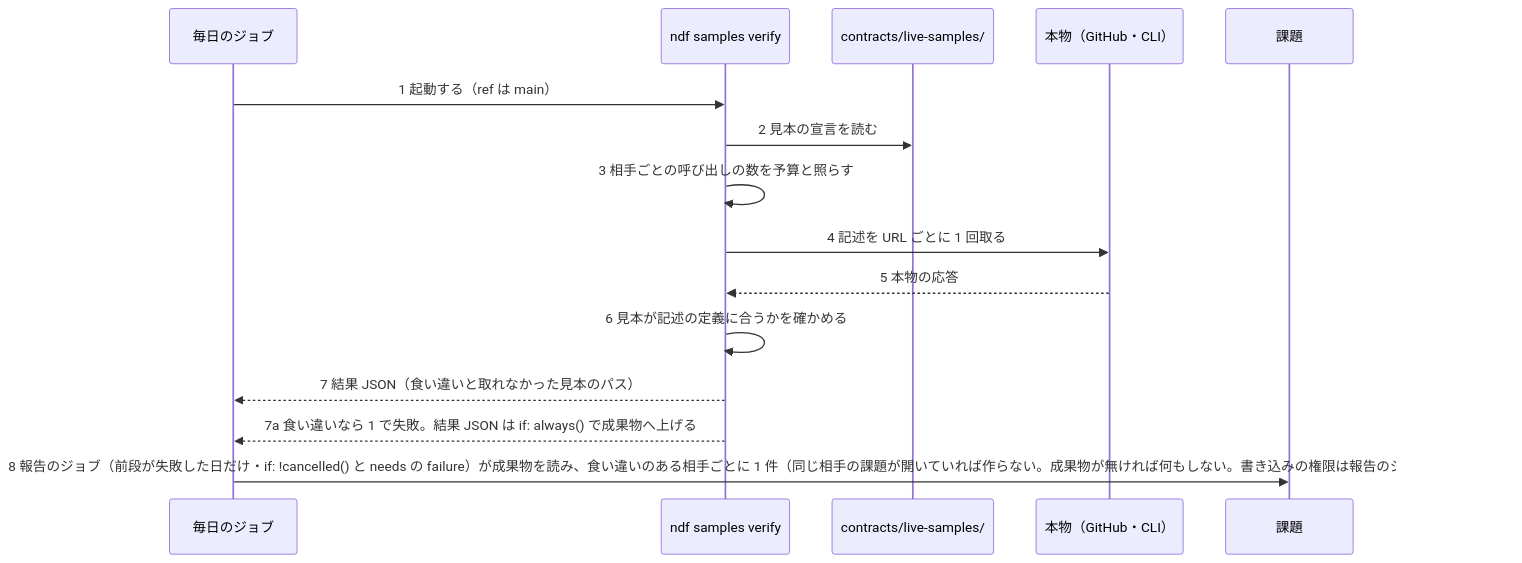
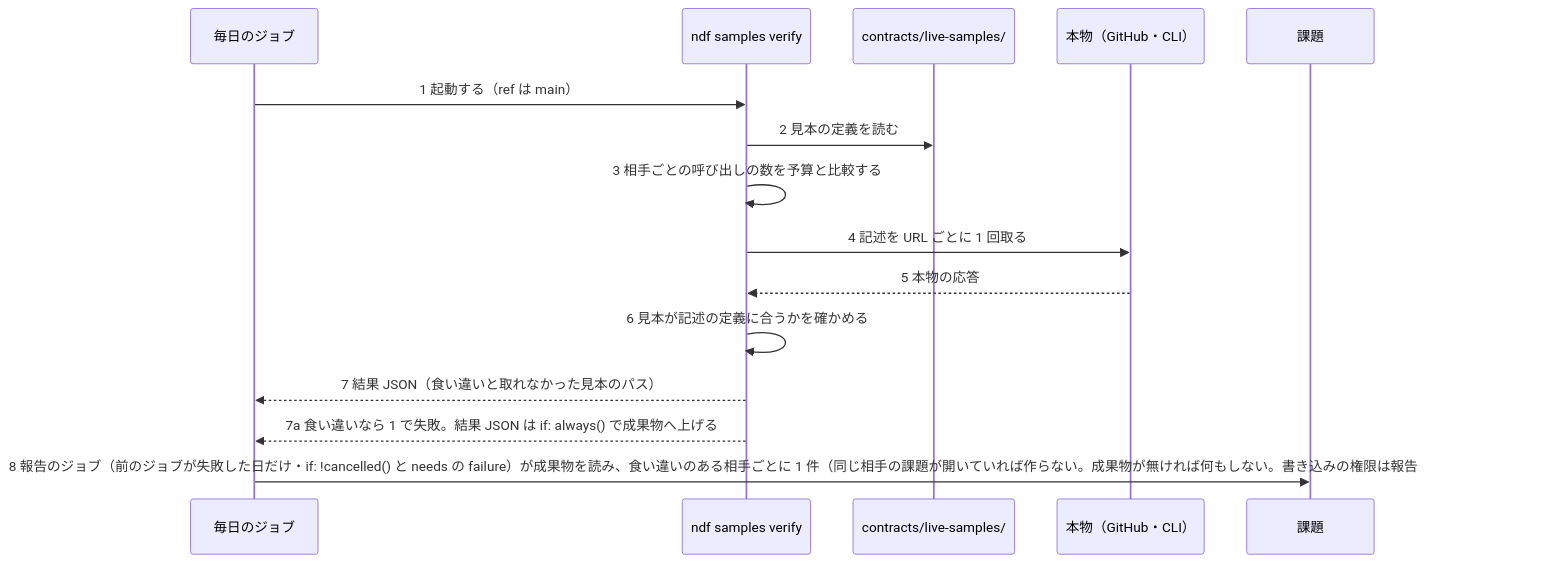
One commit to devbasex/ai-plugins changed the fourth of 5 diagrams in issues/issue-3687-design.md. Above: the diagram before and after it, drawn with Mermaid. The commit also changed other lines of this file and 5 other files, not shown here.

````diff
--- a/issues/issue-3687-design.md
+++ b/issues/issue-3687-design.md
@@ -269,17 +269,17 @@
 ```mermaid
 sequenceDiagram
   participant D as 毎日のジョブ
   participant V as ndf samples verify
   participant C as contracts/live-samples/
   participant R as 本物（GitHub・CLI）
   participant G as 課題
   D->>V: 1 起動する（ref は main）
-  V->>C: 2 見本の宣言を読む
-  V->>V: 3 相手ごとの呼び出しの数を予算と照らす
+  V->>C: 2 見本の定義を読む
+  V->>V: 3 相手ごとの呼び出しの数を予算と比較する
   V->>R: 4 記述を URL ごとに 1 回取る
   R-->>V: 5 本物の応答
   V->>V: 6 見本が記述の定義に合うかを確かめる
   V-->>D: 7 結果 JSON（食い違いと取れなかった見本のパス）
   V-->>D: 7a 食い違いなら 1 で失敗。結果 JSON は if: always() で成果物へ上げる
-  D->>G: 8 報告のジョブ（前段が失敗した日だけ・if: !cancelled() と needs の failure）が成果物を読み、食い違いのある相手ごとに 1 件（同じ相手の課題が開いていれば作らない。成果物が無ければ何もしない。書き込みの権限は報告のジョブだけが持つ）
+  D->>G: 8 報告のジョブ（前のジョブが失敗した日だけ・if: !cancelled() と needs の failure）が成果物を読み、食い違いのある相手ごとに 1 件（同じ相手の課題が開いていれば作らない。成果物が無ければ何もしない。書き込みの権限は報告のジョブだけが持つ）
 ```
````
